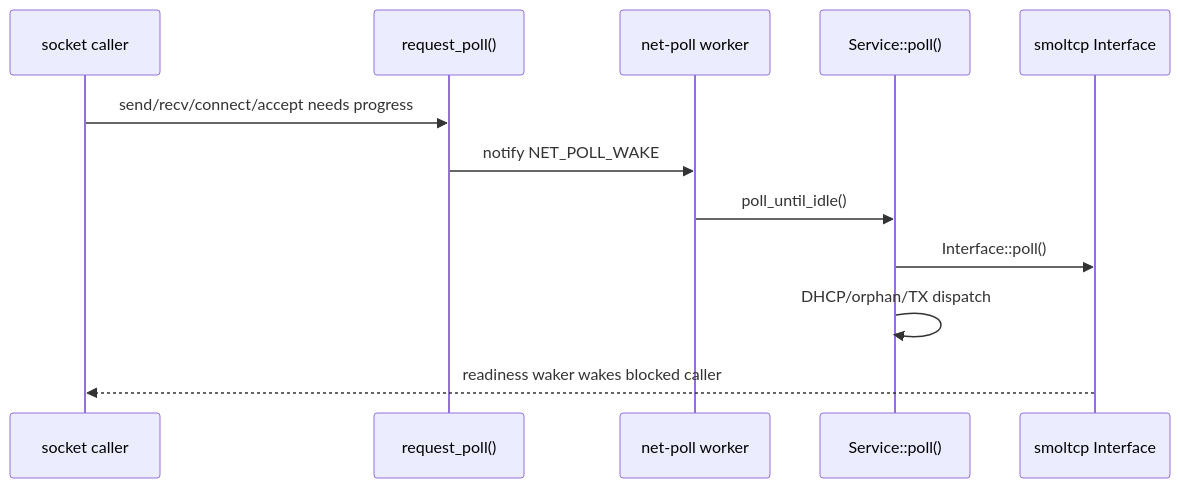
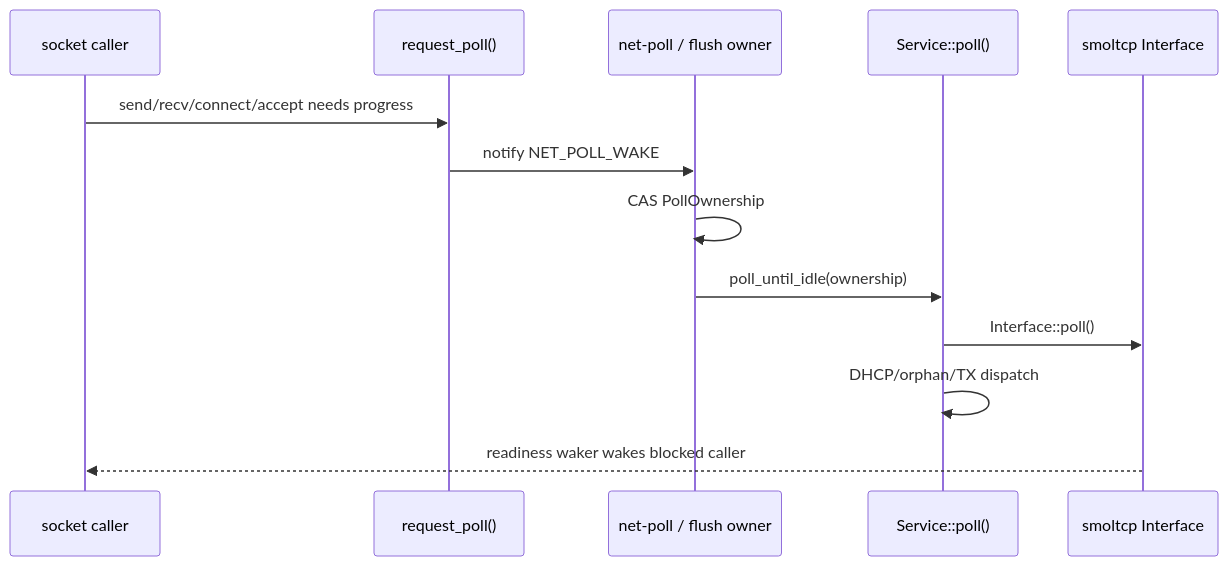
The first of 3 diagrams in 阶段性验收/02-源码快照/tgoskits/docs/docs/architecture/net/architecture.md (qcl-kernel/tgoskits-liangce), drawn with Mermaid before and after one commit. The commit also changed other lines of this file and 1376 other files, not shown here.

````diff
--- a/阶段性验收/02-源码快照/tgoskits/docs/docs/architecture/net/architecture.md
+++ b/阶段性验收/02-源码快照/tgoskits/docs/docs/architecture/net/architecture.md
@@ -253,15 +171,16 @@
 ```mermaid
 sequenceDiagram
     participant App as socket caller
     participant Wake as request_poll()
-    participant Worker as net-poll worker
+    participant Worker as net-poll / flush owner
     participant Service as Service::poll()
     participant Smol as smoltcp Interface
 
     App->>Wake: send/recv/connect/accept needs progress
     Wake->>Worker: notify NET_POLL_WAKE
-    Worker->>Service: poll_until_idle()
+    Worker->>Worker: CAS PollOwnership
+    Worker->>Service: poll_until_idle(ownership)
     Service->>Smol: Interface::poll()
     Service->>Service: DHCP/orphan/TX dispatch
     Smol-->>App: readiness waker wakes blocked caller
 ```
````
